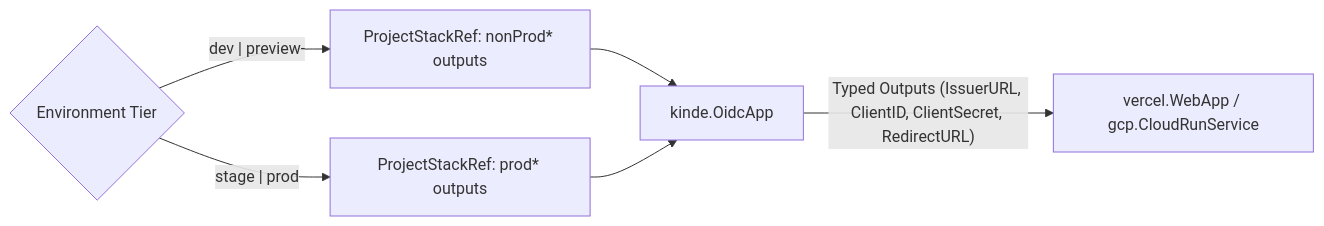
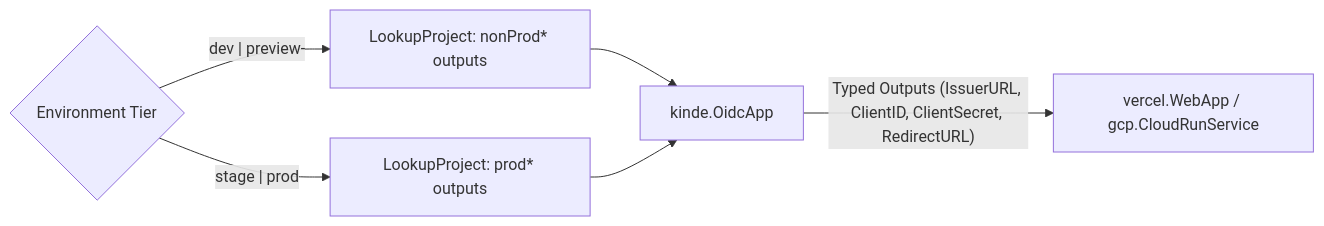
Before and after one commit to cloudvoyant/openbase: the first of 2 diagrams in docs/architecture/providers/kinde/oidc-app.md, drawn with Mermaid. The commit also changed other lines of this file and 64 other files, not shown here.

````diff
--- a/docs/architecture/providers/kinde/oidc-app.md
+++ b/docs/architecture/providers/kinde/oidc-app.md
@@ -24,8 +24,8 @@
 ```mermaid
 flowchart LR
-    Stack{"Environment Tier"} -->|"dev | preview-<slug>"| NonProdOut["ProjectStackRef: nonProd* outputs"]
-    Stack -->|"stage | prod"| ProdOut["ProjectStackRef: prod* outputs"]
+    Stack{"Environment Tier"} -->|"dev | preview-<slug>"| NonProdOut["LookupProject: nonProd* outputs"]
+    Stack -->|"stage | prod"| ProdOut["LookupProject: prod* outputs"]
     NonProdOut --> Oidc["kinde.OidcApp"]
     ProdOut --> Oidc
     Oidc -->|"Typed Outputs (IssuerURL, ClientID, ClientSecret, RedirectURL)"| App["vercel.WebApp / gcp.CloudRunService"]
 ```
````
